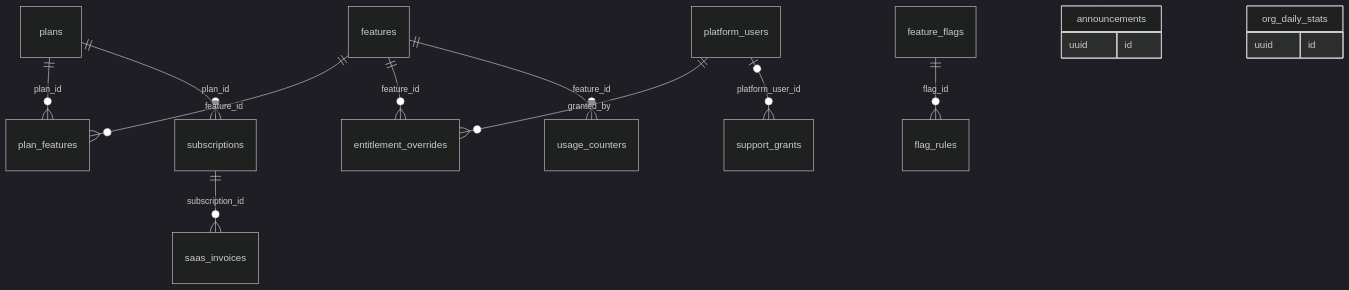
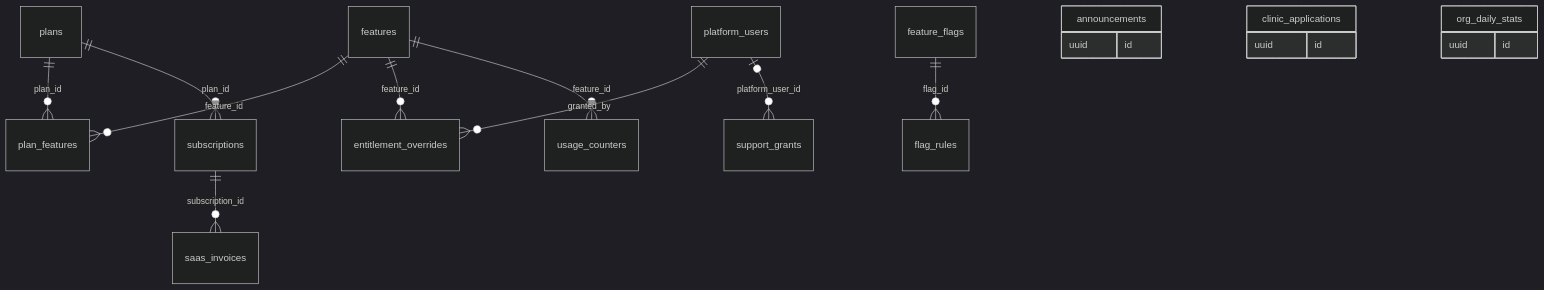
The second of 13 diagrams in docs/database.md (sakalyatechnologies/aarogyam), drawn with Mermaid (dark theme) before and after one commit. The commit also changed other lines of this file and 3 other files, not shown here.

Commit message:
feat(db): clinic applications with definer functions for registration and approval

````diff
--- a/docs/database.md
+++ b/docs/database.md
@@ -132,18 +132,21 @@
 ```mermaid
 erDiagram
   plans ||--o{ plan_features : "plan_id"
   features ||--o{ plan_features : "feature_id"
   plans ||--o{ subscriptions : "plan_id"
   subscriptions ||--o{ saas_invoices : "subscription_id"
   features ||--o{ entitlement_overrides : "feature_id"
   platform_users ||--o{ entitlement_overrides : "granted_by"
   features ||--o{ usage_counters : "feature_id"
   feature_flags ||--o{ flag_rules : "flag_id"
   platform_users |o--o{ support_grants : "platform_user_id"
   announcements {
     uuid id
   }
+  clinic_applications {
+    uuid id
+  }
   org_daily_stats {
     uuid id
   }
 ```
````
